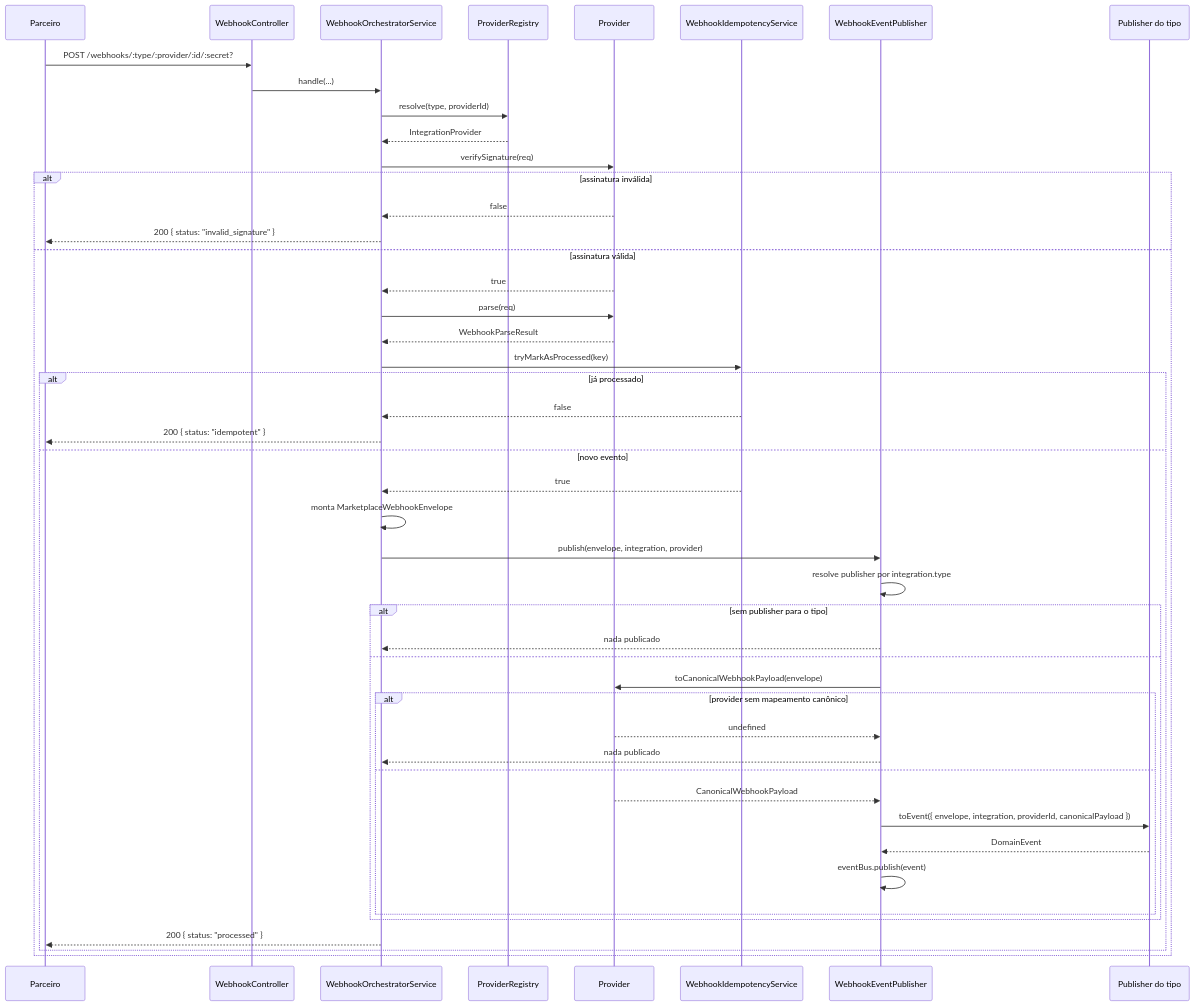
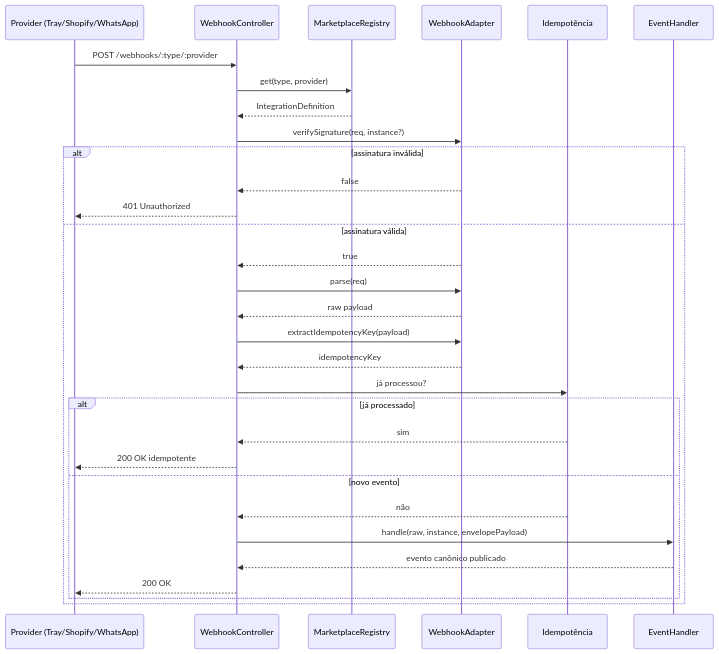
Before and after one commit to arthurhzk/arch-md: the fourth of 6 diagrams in README.md, drawn with Mermaid. The commit also changed other lines of this file, not shown here.

````diff
--- a/README.md
+++ b/README.md
@@ -391,56 +332,36 @@
 ```mermaid
 sequenceDiagram
-    participant Provider as Parceiro
-    participant WC as WebhookController
-    participant ORC as WebhookOrchestratorService
-    participant REG as ProviderRegistry
-    participant ADP as WebhookAdapter
-    participant IDM as WebhookIdempotencyService
-    participant PUB as WebhookEventPublisher
-    participant TPUB as Publisher do tipo
-    participant ADP as Provider
+    participant Provider as Provider (Tray/Shopify/WhatsApp)
+    participant Ctrl as WebhookController
+    participant REG as MarketplaceRegistry
+    participant Adap as WebhookAdapter
+    participant IDM as Idempotência
+    participant Hdl as EventHandler
 
-    Provider->>WC: POST /webhooks/:type/:provider/:id/:secret?
-    WC->>ORC: handle(...)
-    ORC->>REG: resolve(type, providerId)
-    REG-->>ORC: IntegrationProvider
-    ORC->>ADP: verifySignature(req)
+    Provider->>Ctrl: POST /webhooks/:type/:provider
+    Ctrl->>REG: get(type, provider)
+    REG-->>Ctrl: IntegrationDefinition
+    Ctrl->>Adap: verifySignature(req, instance?)
 
     alt assinatura inválida
-        ADP-->>ORC: false
-        ORC-->>Provider: 200 { status: "invalid_signature" }
+        Adap-->>Ctrl: false
+        Ctrl-->>Provider: 401 Unauthorized
     else assinatura válida
-        ADP-->>ORC: true
-        ORC->>ADP: parse(req)
-        ADP-->>ORC: WebhookParseResult
-        ORC->>IDM: tryMarkAsProcessed(key)
+        Adap-->>Ctrl: true
+        Ctrl->>Adap: parse(req)
+        Adap-->>Ctrl: raw payload
+        Ctrl->>Adap: extractIdempotencyKey(payload)
+        Adap-->>Ctrl: idempotencyKey
+        Ctrl->>IDM: já processou?
 
         alt já processado
-            IDM-->>ORC: false
-            ORC-->>Provider: 200 { status: "idempotent" }
+            IDM-->>Ctrl: sim
+            Ctrl-->>Provider: 200 OK idempotente
         else novo evento
-            IDM-->>ORC: true
-            ORC->>ORC: monta MarketplaceWebhookEnvelope
-            ORC->>PUB: publish(envelope, integration, provider)
-            PUB->>PUB: resolve publisher por integration.type
-
-            alt sem publisher para o tipo
-                PUB-->>ORC: nada publicado
-            else
-                PUB->>ADP: toCanonicalWebhookPayload(envelope)
-
-                alt provider sem mapeamento canônico
-                    ADP-->>PUB: undefined
-                    PUB-->>ORC: nada publicado
-                else
-                    ADP-->>PUB: CanonicalWebhookPayload
-                    PUB->>TPUB: toEvent({ envelope, integration, providerId, canonicalPayload })
-                    TPUB-->>PUB: DomainEvent
-                    PUB->>PUB: eventBus.publish(event)
-                end
-            end
-
-            ORC-->>Provider: 200 { status: "processed" }
+            IDM-->>Ctrl: não
+            Ctrl->>Hdl: handle(raw, instance, envelopePayload)
+            Hdl-->>Ctrl: evento canônico publicado
+            Ctrl-->>Provider: 200 OK
         end
     end
 ```
````
